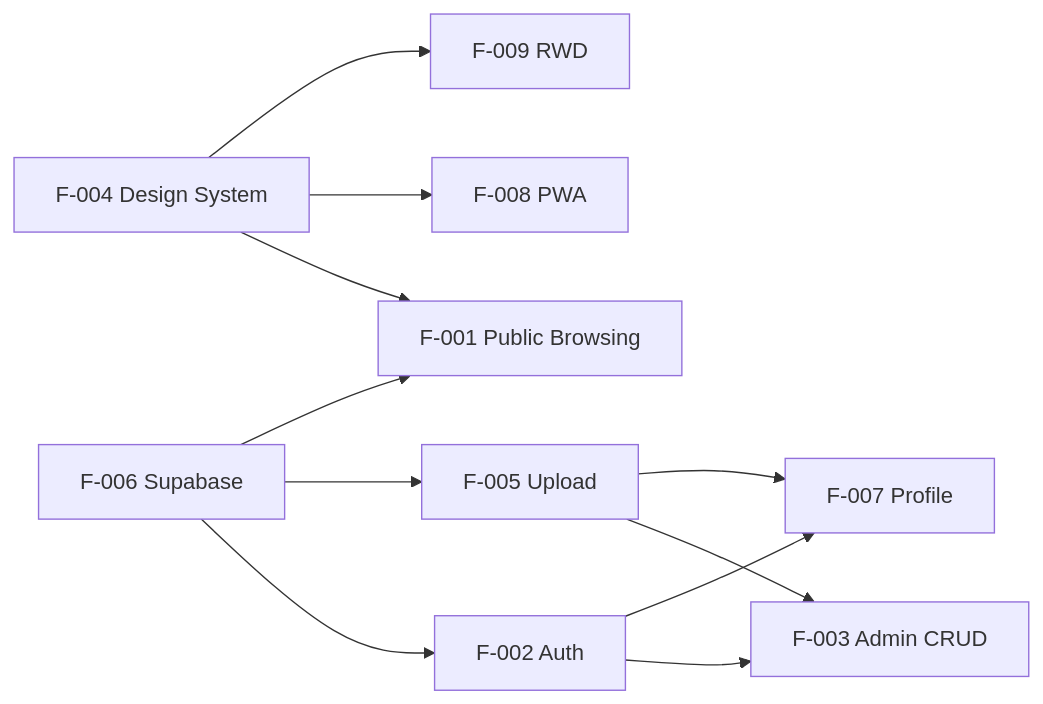
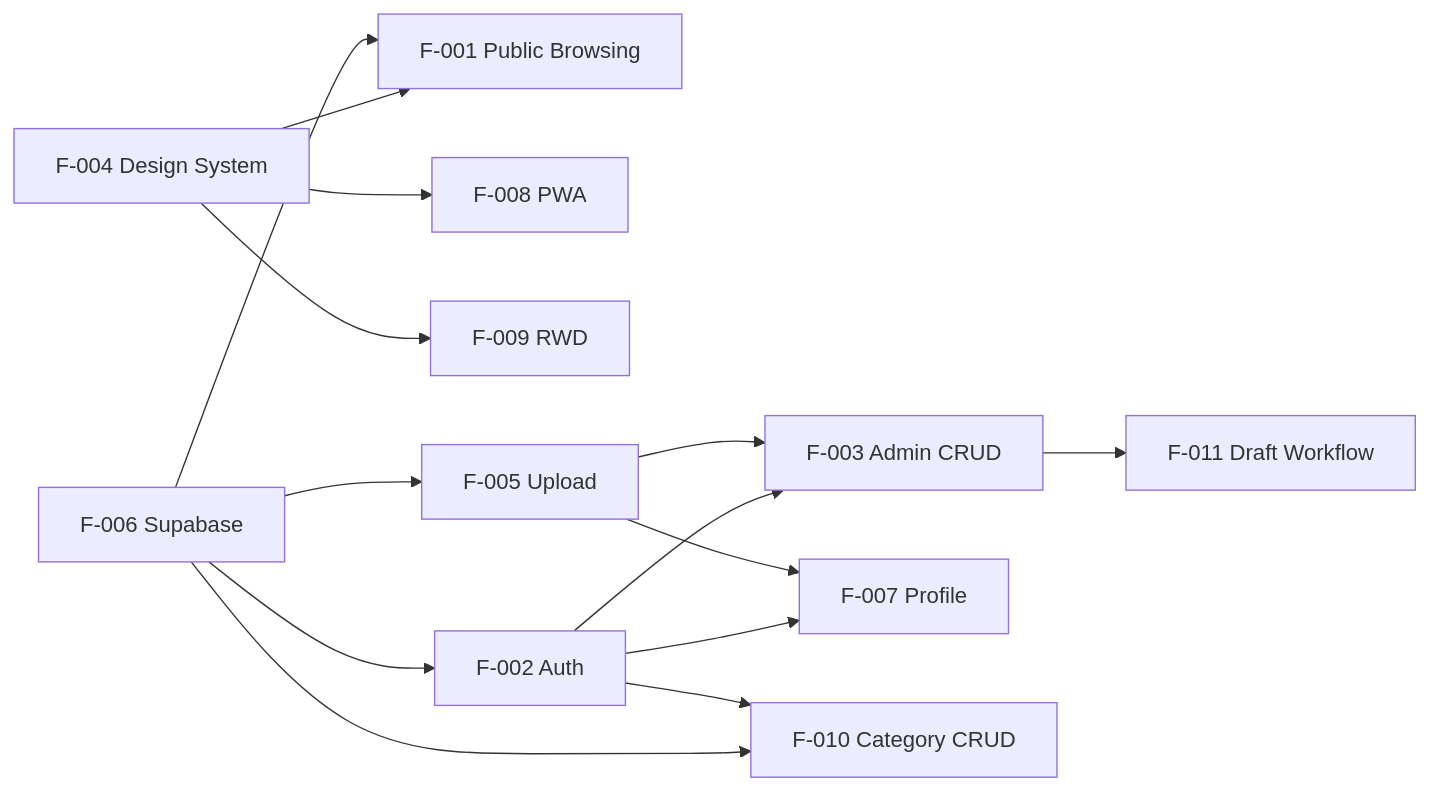
The diagram in docs/06-project-plan.md (phuocpham12495/pdspyse-blog-react), drawn with Mermaid before and after one commit. The commit also changed other lines of this file and 19 other files, not shown here.

````diff
--- a/docs/06-project-plan.md
+++ b/docs/06-project-plan.md
@@ -177,13 +211,16 @@
 ```mermaid
 graph LR
     F004[F-004 Design System] --> F001[F-001 Public Browsing]
     F004 --> F008[F-008 PWA]
     F004 --> F009[F-009 RWD]
     F006[F-006 Supabase] --> F002[F-002 Auth]
     F006 --> F005[F-005 Upload]
     F002 --> F003[F-003 Admin CRUD]
     F005 --> F003
     F002 --> F007[F-007 Profile]
     F005 --> F007
     F006 --> F001
+    F006 --> F010[F-010 Category CRUD]
+    F002 --> F010
+    F003 --> F011[F-011 Draft Workflow]
 ```
````
